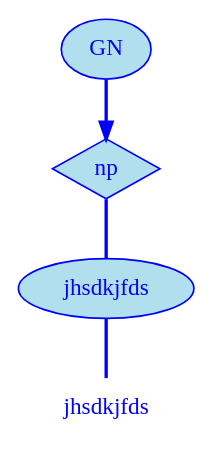
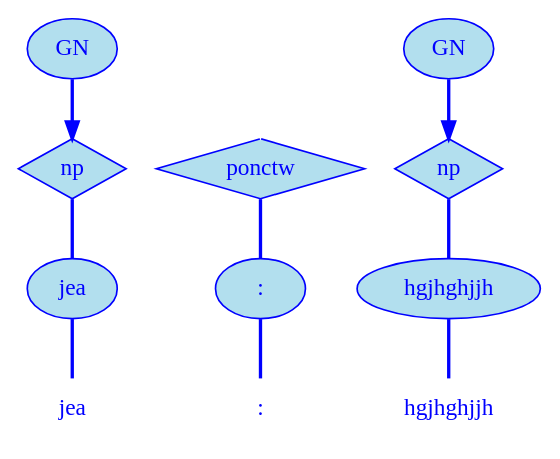
The diagram in version-ser/js/mc1s1.dot (oualid13/MacaWeb), drawn with Graphviz before and after one commit. The commit also changed 5 other files, not shown here.

```diff
--- a/version-ser/js/mc1s1.dot
+++ b/version-ser/js/mc1s1.dot
@@ -1,11 +1,25 @@
 digraph g {
 	node [label="\N"];
-	graph [bb="0,0,104,252"];
-	"mc1s1_t1#token84" [label=jhsdkjfds, shape=plaintext, fillcolor=lightblue2, fontcolor=blue, pos="52,18", width="1.03", height="0.50"];
-	"mc1s1_W1#wordmc1s1_t1#token" [label=jhsdkjfds, shape=ellipse, fillcolor=lightblue2, fontcolor=blue, color=blue, style=filled, pos="52,90", width="1.44", height="0.50"];
-	"mc1s1_P13#pos" [label=np, shape=diamond, fillcolor=lightblue2, fontcolor=blue, color=blue, style=filled, pos="52,162", width="0.75", height="0.50"];
-	"mc1s1_chk0#chunk" [label=GN, fillcolor=lightblue2, fontcolor=blue, color=blue, style=filled, arrowhead=doubleoctagon, pos="52,234", width="0.75", height="0.50"];
-	"mc1s1_W1#wordmc1s1_t1#token" -> "mc1s1_t1#token84" [arrowhead=none, color=blue, fontcolor=blue, style=bold, minlen=1, pos="52,72 52,61 52,47 52,36"];
-	"mc1s1_P13#pos" -> "mc1s1_W1#wordmc1s1_t1#token" [arrowhead=none, color=blue, fontcolor=blue, style=bold, minlen=1, pos="52,144 52,133 52,119 52,108"];
-	"mc1s1_chk0#chunk" -> "mc1s1_P13#pos" [color=blue, fontcolor=blue, style=bold, minlen=1, shape=normal, pos="e,52,180 52,216 52,208 52,199 52,190"];
+	graph [bb="0,0,273,252"];
+	"mc1s1_t1#token84" [label=jea, shape=plaintext, fillcolor=lightblue2, fontcolor=blue, pos="27,18", width="0.75", height="0.50"];
+	"mc1s1_W1#wordmc1s1_t1#token" [label=jea, shape=ellipse, fillcolor=lightblue2, fontcolor=blue, color=blue, style=filled, pos="27,90", width="0.75", height="0.50"];
+	"mc1s1_P13#pos" [label=np, shape=diamond, fillcolor=lightblue2, fontcolor=blue, color=blue, style=filled, pos="27,162", width="0.75", height="0.50"];
+	"mc1s1_chk0#chunk" [label=GN, fillcolor=lightblue2, fontcolor=blue, color=blue, style=filled, arrowhead=doubleoctagon, pos="27,234", width="0.75", height="0.50"];
+	"mc1s1_t2#token87" [label=":", shape=plaintext, fillcolor=lightblue2, fontcolor=blue, pos="118,18", width="0.75", height="0.50"];
+	"mc1s1_W2#wordmc1s1_t2#token" [label=":", shape=ellipse, fillcolor=lightblue2, fontcolor=blue, color=blue, style=filled, pos="118,90", width="0.75", height="0.50"];
+	"mc1s1_P26L1#pos" [label=ponctw, shape=diamond, fillcolor=lightblue2, fontcolor=blue, color=blue, style=filled, pos="118,162", width="1.28", height="0.50"];
+	"mc1s1_t3#token78" [label=hgjhghjjh, shape=plaintext, fillcolor=lightblue2, fontcolor=blue, pos="218,18", width="1.11", height="0.50"];
+	"mc1s1_W3#wordmc1s1_t3#token" [label=hgjhghjjh, shape=ellipse, fillcolor=lightblue2, fontcolor=blue, color=blue, style=filled, pos="218,90", width="1.53", height="0.50"];
+	"mc1s1_P39#pos" [label=np, shape=diamond, fillcolor=lightblue2, fontcolor=blue, color=blue, style=filled, pos="218,162", width="0.75", height="0.50"];
+	"mc1s1_chk1#chunk" [label=GN, fillcolor=lightblue2, fontcolor=blue, color=blue, style=filled, arrowhead=doubleoctagon, pos="218,234", width="0.75", height="0.50"];
+	"mc1s1_P26L1#pos#empty" [shape=point, fillcolor=white, fontcolor=white, color=white, size=2, pos="118,234", width="0.06", height="0.06"];
+	"mc1s1_W1#wordmc1s1_t1#token" -> "mc1s1_t1#token84" [arrowhead=none, color=blue, fontcolor=blue, style=bold, minlen=1, pos="27,72 27,61 27,47 27,36"];
+	"mc1s1_P13#pos" -> "mc1s1_W1#wordmc1s1_t1#token" [arrowhead=none, color=blue, fontcolor=blue, style=bold, minlen=1, pos="27,144 27,133 27,119 27,108"];
+	"mc1s1_chk0#chunk" -> "mc1s1_P13#pos" [color=blue, fontcolor=blue, style=bold, minlen=1, shape=normal, pos="e,27,180 27,216 27,208 27,199 27,190"];
+	"mc1s1_W2#wordmc1s1_t2#token" -> "mc1s1_t2#token87" [arrowhead=none, color=blue, fontcolor=blue, style=bold, minlen=1, pos="118,72 118,61 118,47 118,36"];
+	"mc1s1_P26L1#pos" -> "mc1s1_W2#wordmc1s1_t2#token" [arrowhead=none, color=blue, fontcolor=blue, style=bold, minlen=1, pos="118,144 118,133 118,119 118,108"];
+	"mc1s1_W3#wordmc1s1_t3#token" -> "mc1s1_t3#token78" [arrowhead=none, color=blue, fontcolor=blue, style=bold, minlen=1, pos="218,72 218,61 218,47 218,36"];
+	"mc1s1_P39#pos" -> "mc1s1_W3#wordmc1s1_t3#token" [arrowhead=none, color=blue, fontcolor=blue, style=bold, minlen=1, pos="218,144 218,133 218,119 218,108"];
+	"mc1s1_chk1#chunk" -> "mc1s1_P39#pos" [color=blue, fontcolor=blue, style=bold, minlen=1, shape=normal, pos="e,218,180 218,216 218,208 218,199 218,190"];
+	"mc1s1_P26L1#pos#empty" -> "mc1s1_P26L1#pos" [color=white, fontcolor=white, minlen=1, shape=none, pos="e,118,180 118,232 118,225 118,207 118,190"];
 }
```
